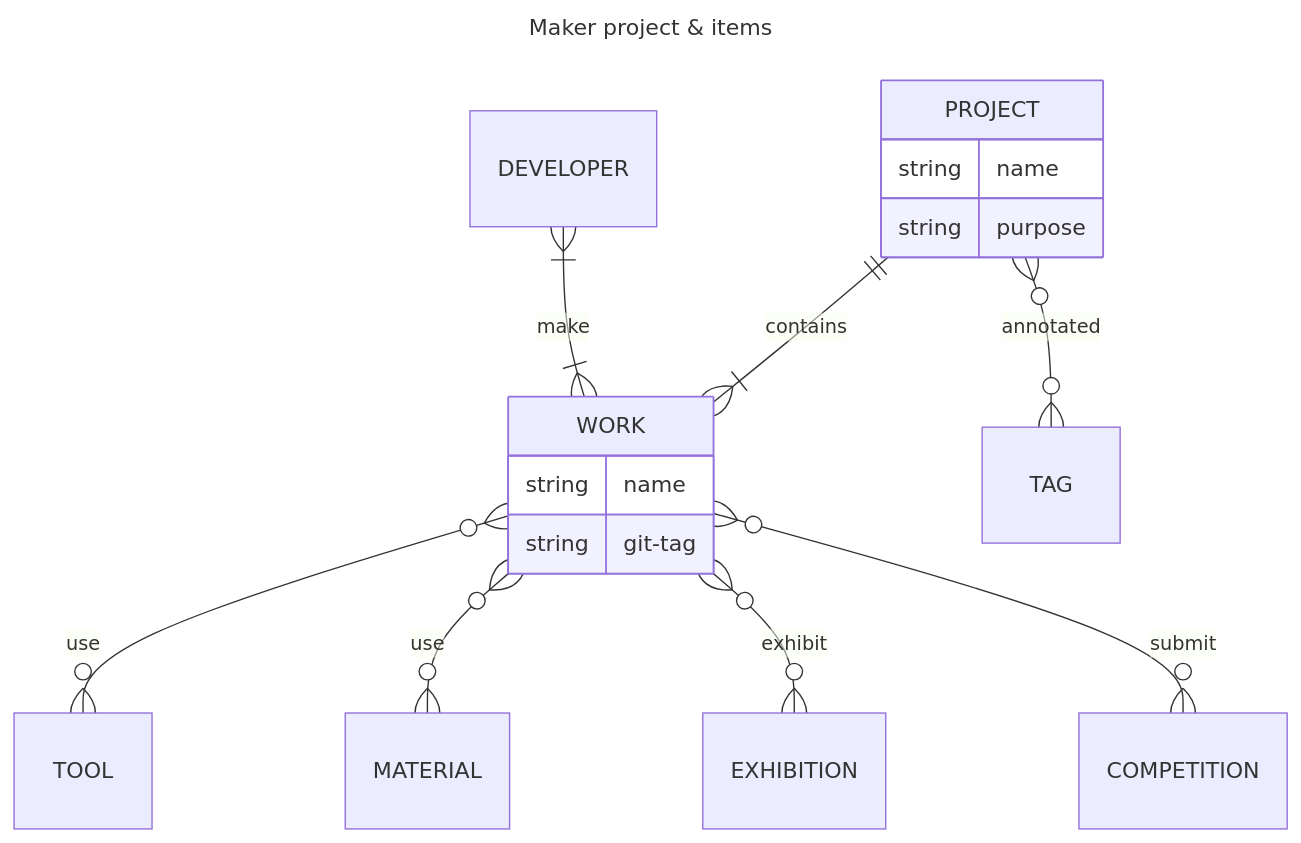
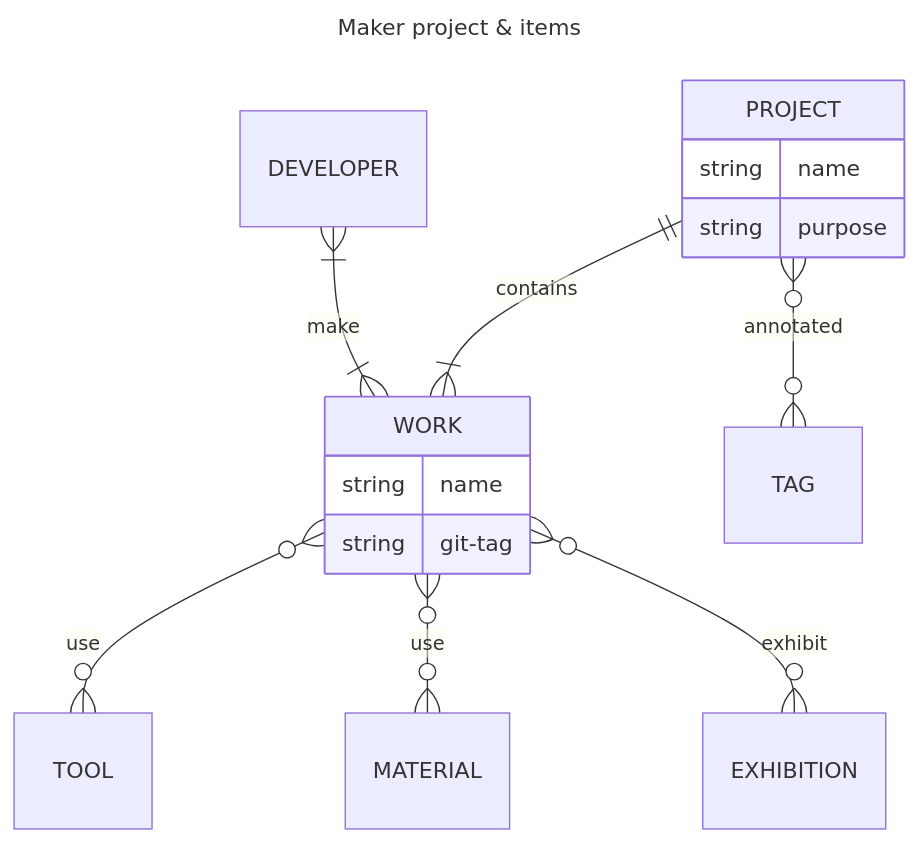
The diagram in README.md (botamochi6277/botalab), drawn with Mermaid before and after one commit. The commit also changed other lines of this file and 2 other files, not shown here.

````diff
--- a/README.md
+++ b/README.md
@@ -57,30 +70,29 @@
 ```mermaid
 ---
 title: Maker project & items
 ---
 erDiagram
 
     PROJECT{
         string name
         string purpose
     }
 
     PROJECT ||--|{ WORK : contains
 
     WORK{
         string name
         string git-tag
     }
 
     WORK }o--o{ TOOL : use
     WORK }o--o{ MATERIAL : use
 
     PROJECT }o--o{ TAG : annotated
 
     DEVELOPER }|--|{WORK : make
 
     WORK}o--o{EXHIBITION : exhibit
-    WORK}o--o{COMPETITION : submit
 
 
 ```
````
